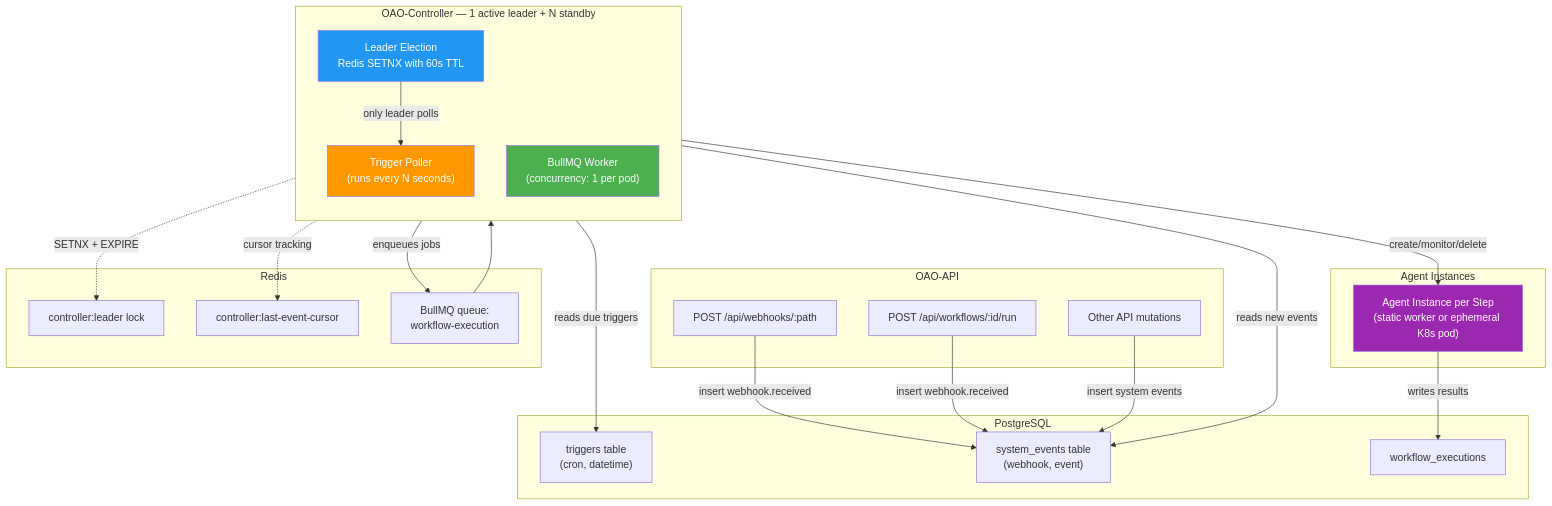
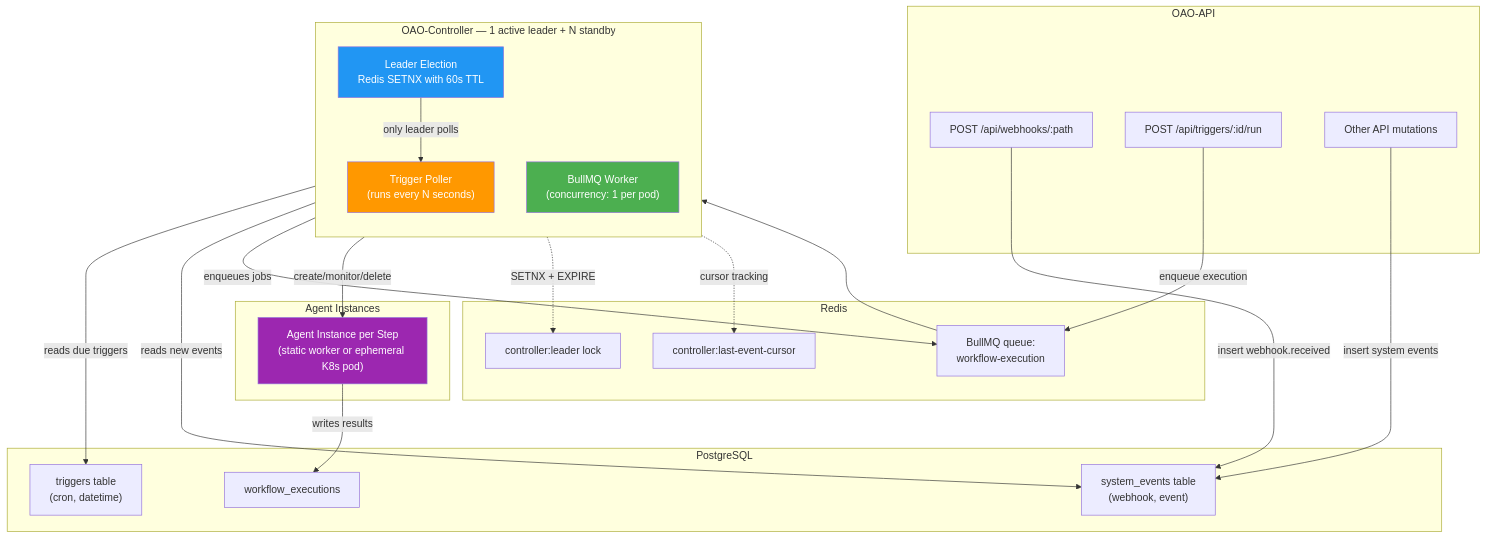
The first of 7 diagrams in docs/concepts/workflow-engine.md (thfai2000/open-agent-orchestra), drawn with Mermaid before and after one commit. The commit also changed other lines of this file and 53 other files, not shown here.

````diff
--- a/docs/concepts/workflow-engine.md
+++ b/docs/concepts/workflow-engine.md
@@ -9,50 +9,50 @@
 ```mermaid
 graph TB
     subgraph "OAO-API"
         WHEP["POST /api/webhooks/:path"]
-        RUNEP["POST /api/workflows/:id/run"]
+        RUNEP["POST /api/triggers/:id/run"]
         EVAPI["Other API mutations"]
     end
 
     subgraph "OAO-Controller — 1 active leader + N standby"
         direction TB
         LEADER["Leader Election<br/>Redis SETNX with 60s TTL"]
         POLL["Trigger Poller<br/>(runs every N seconds)"]
         WORKER["BullMQ Worker<br/>(concurrency: 1 per pod)"]
         LEADER -->|"only leader polls"| POLL
     end
 
     subgraph "Agent Instances"
         AP["Agent Instance per Step<br/>(static worker or ephemeral K8s pod)"]
     end
 
     subgraph "PostgreSQL"
         TRIGGERS["triggers table<br/>(cron, datetime)"]
         EVENTS["system_events table<br/>(webhook, event)"]
         EXECS["workflow_executions"]
     end
 
     subgraph "Redis"
         LOCK["controller:leader lock"]
         CURSOR["controller:last-event-cursor"]
         QUEUE["BullMQ queue:<br/>workflow-execution"]
     end
 
     WHEP -->|"insert webhook.received"| EVENTS
-    RUNEP -->|"insert webhook.received"| EVENTS
+    RUNEP -->|"enqueue execution"| QUEUE
     EVAPI -->|"insert system events"| EVENTS
 
     POLL -->|"reads due triggers"| TRIGGERS
     POLL -->|"reads new events"| EVENTS
     POLL -->|"enqueues jobs"| QUEUE
     QUEUE --> WORKER
     WORKER -->|"create/monitor/delete"| AP
     AP -->|"writes results"| EXECS
     LEADER -.->|"SETNX + EXPIRE"| LOCK
     POLL -.->|"cursor tracking"| CURSOR
 
     style LEADER fill:#2196F3,color:#fff
     style POLL fill:#FF9800,color:#fff
     style WORKER fill:#4CAF50,color:#fff
     style AP fill:#9C27B0,color:#fff
 ```
````
